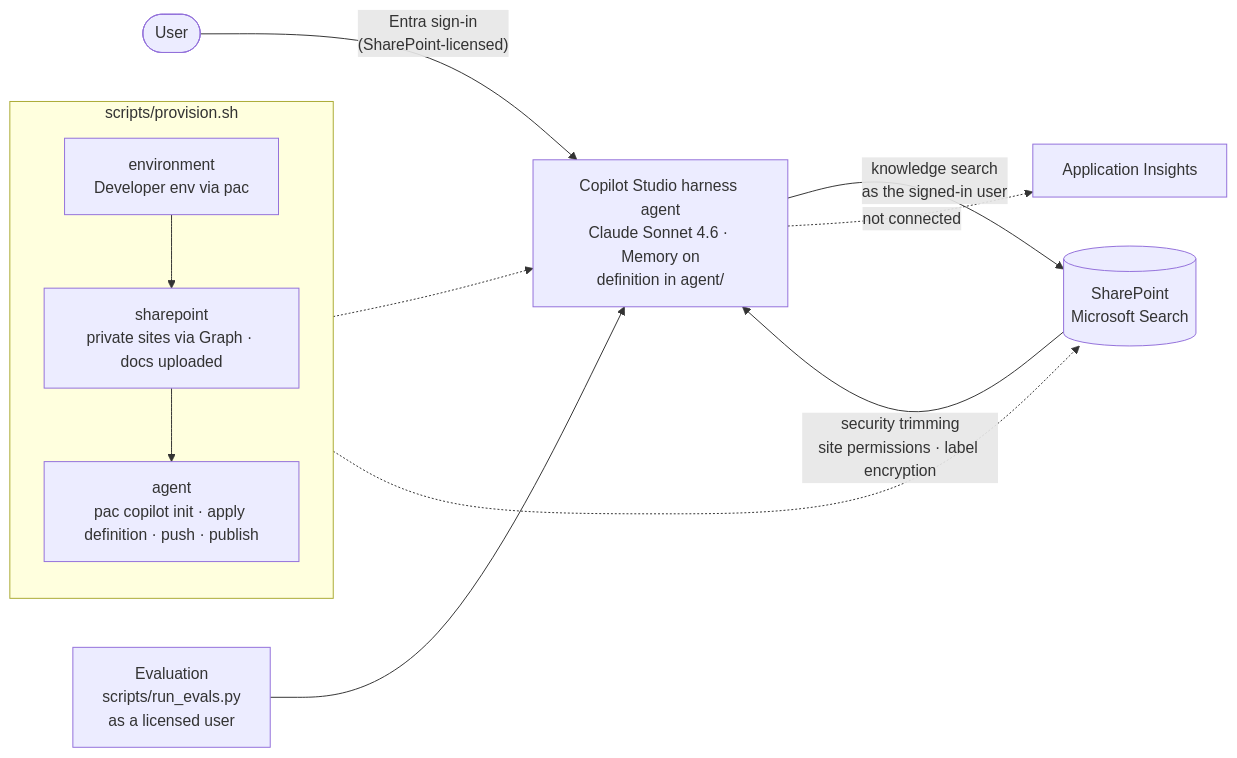
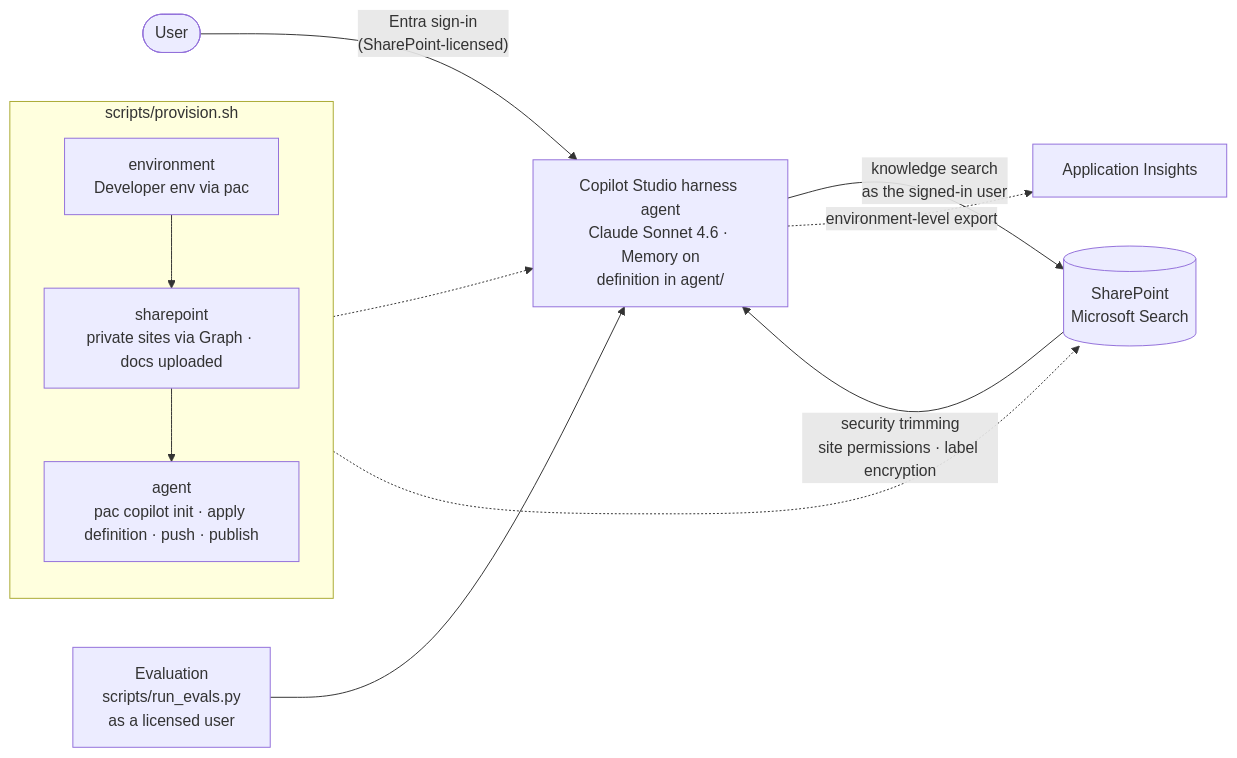
Before and after one commit to Metafiziks/copilot-studio-agent: the diagram in README.md, drawn with Mermaid. The commit also changed other lines of this file and 3 other files, not shown here.

````diff
--- a/README.md
+++ b/README.md
@@ -26,16 +21,16 @@
 ```mermaid
 flowchart LR
     subgraph deploy["scripts/provision.sh"]
         direction TB
         D1["environment<br/>Developer env via pac"] --> D2["sharepoint<br/>private sites via Graph · docs uploaded"]
         D2 --> D3["agent<br/>pac copilot init · apply definition · push · publish"]
     end
 
     U([User]) -->|"Entra sign-in<br/>(SharePoint-licensed)"| A["Copilot Studio harness agent<br/>Claude Sonnet 4.6 · Memory on<br/>definition in agent/"]
     A -->|"knowledge search<br/>as the signed-in user"| S[("SharePoint<br/>Microsoft Search")]
     S -->|"security trimming<br/>site permissions · label encryption"| A
     D3 -.-> A
     D2 -.-> S
-    A -.->|"not connected"| AI["Application Insights"]
+    A -.->|"environment-level export"| AI["Application Insights"]
     E["Evaluation<br/>scripts/run_evals.py<br/>as a licensed user"] --> A
 ```
````
